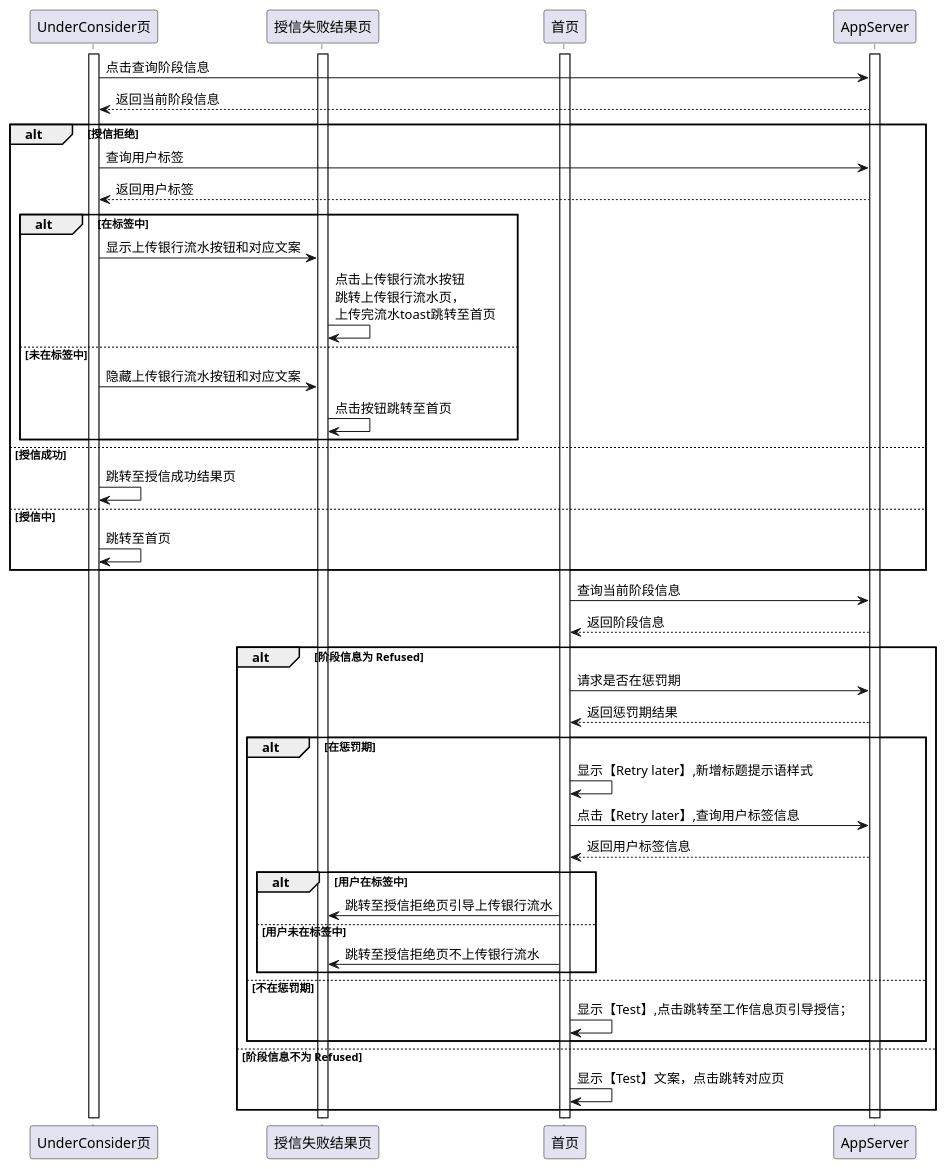
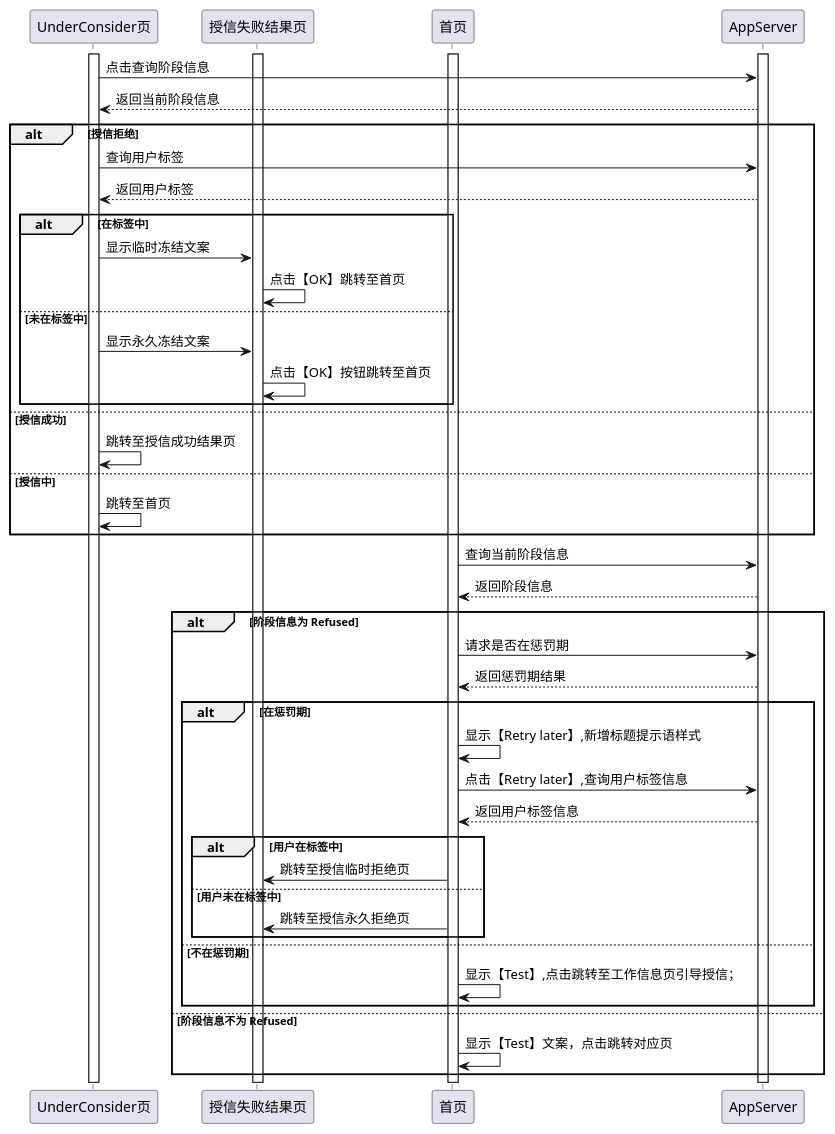
The diagram in app/puml/creditRefusedActivity.puml (GodLike1113/KiKa), drawn with PlantUML before and after one commit. The commit also changed 7 other files, not shown here.

Commit message:
更新了下puml图

```diff
--- a/app/puml/creditRefusedActivity.puml
+++ b/app/puml/creditRefusedActivity.puml
@@ -1,47 +1,47 @@
 @startuml
 activate UnderConsider页
 activate 授信失败结果页
 activate 首页
 activate AppServer
 
 UnderConsider页->AppServer:点击查询阶段信息
 AppServer-->UnderConsider页:返回当前阶段信息
     alt 授信拒绝
     UnderConsider页->AppServer:查询用户标签
     AppServer-->UnderConsider页:返回用户标签
         alt 在标签中
-        UnderConsider页->授信失败结果页:显示上传银行流水按钮和对应文案
-        授信失败结果页->授信失败结果页:点击上传银行流水按钮\n跳转上传银行流水页，\n上传完流水toast跳转至首页
+        UnderConsider页->授信失败结果页:显示临时冻结文案
+        授信失败结果页->授信失败结果页:点击【OK】跳转至首页
         else 未在标签中
-         UnderConsider页->授信失败结果页:隐藏上传银行流水按钮和对应文案
-         授信失败结果页->授信失败结果页:点击按钮跳转至首页
+         UnderConsider页->授信失败结果页:显示永久冻结文案
+         授信失败结果页->授信失败结果页:点击【OK】按钮跳转至首页
         end
 
     else 授信成功
     UnderConsider页->UnderConsider页:跳转至授信成功结果页
     else 授信中
     UnderConsider页->UnderConsider页:跳转至首页
     end
 
 首页->AppServer:查询当前阶段信息
 AppServer-->首页:返回阶段信息
 
 alt 阶段信息为 Refused
 首页->AppServer:请求是否在惩罚期
 AppServer-->首页:返回惩罚期结果
     alt 在惩罚期
     首页->首页:显示【Retry later】,新增标题提示语样式
     首页->AppServer:点击【Retry later】,查询用户标签信息
     AppServer-->首页:返回用户标签信息
         alt 用户在标签中
-        首页->授信失败结果页:跳转至授信拒绝页引导上传银行流水
+        首页->授信失败结果页:跳转至授信临时拒绝页
         else 用户未在标签中
-         首页->授信失败结果页:跳转至授信拒绝页不上传银行流水
+         首页->授信失败结果页:跳转至授信永久拒绝页
         end
     else 不在惩罚期
     首页->首页:显示【Test】,点击跳转至工作信息页引导授信；
     end
 else 阶段信息不为 Refused
     首页->首页:显示【Test】文案，点击跳转对应页
 end
 @enduml
```
